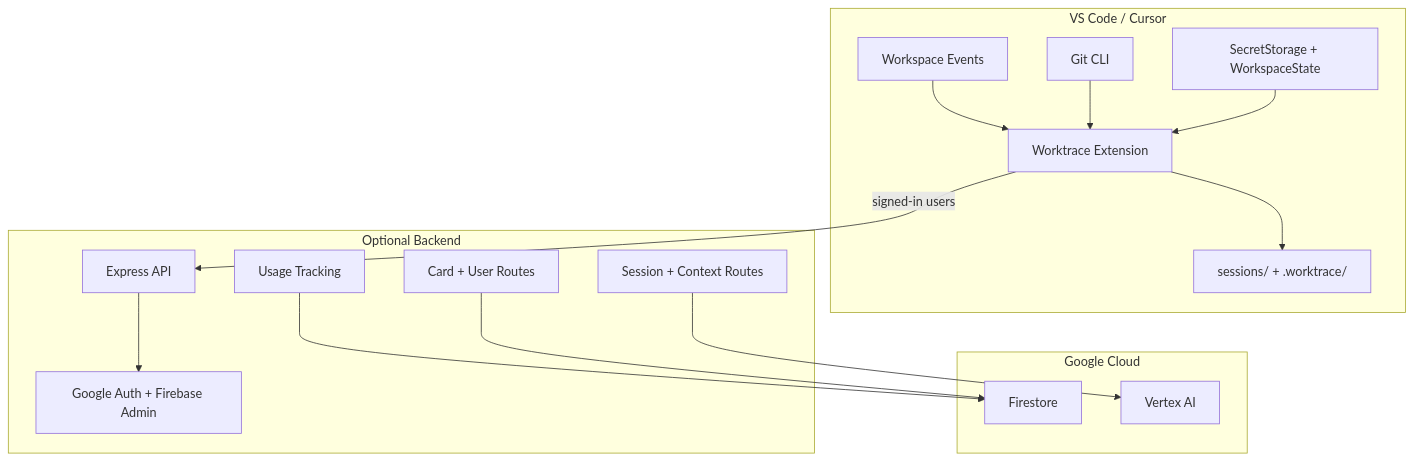
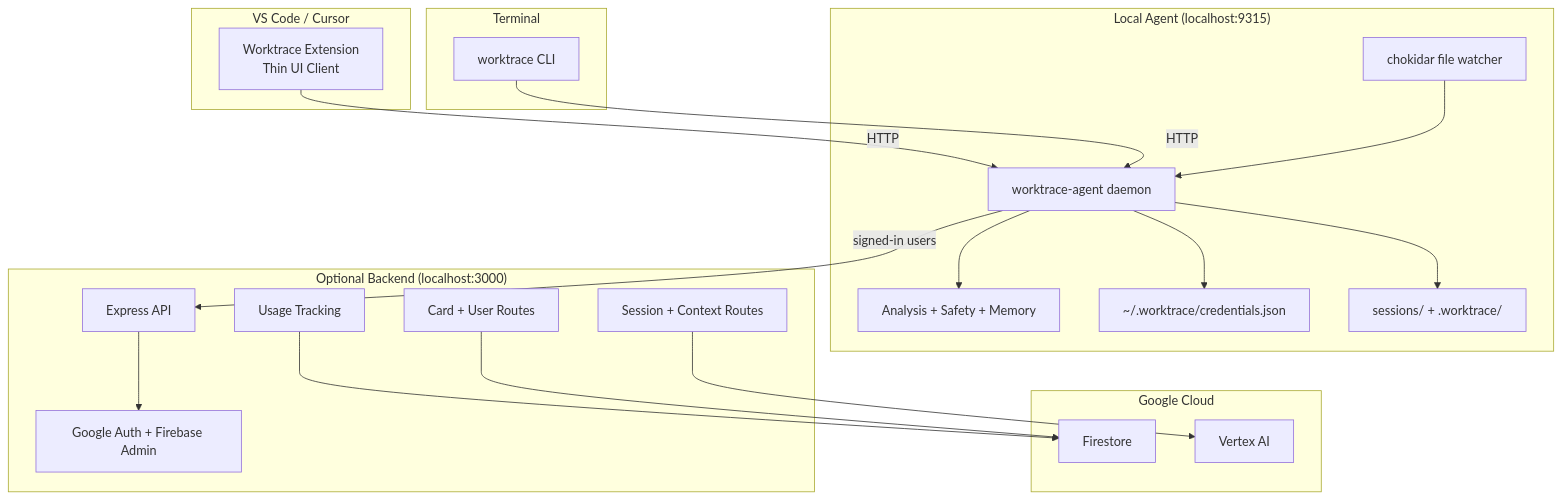
Before and after one commit to ivasuy/cursor-sm: the diagram in docs/architecture.md, drawn with Mermaid. The commit also changed other lines of this file and 47 other files, not shown here.

````diff
--- a/docs/architecture.md
+++ b/docs/architecture.md
@@ -7,33 +7,43 @@
 ```mermaid
 graph TB
     subgraph "VS Code / Cursor"
-        EXT[Worktrace Extension]
-        FS[Workspace Events]
-        GIT[Git CLI]
-        SS[SecretStorage + WorkspaceState]
+        EXT[Worktrace Extension<br/>Thin UI Client]
+    end
+
+    subgraph "Local Agent (localhost:9315)"
+        AGT[worktrace-agent daemon]
+        CHK[chokidar file watcher]
+        ANA[Analysis + Safety + Memory]
+        CRED[~/.worktrace/credentials.json]
         OUT[sessions/ + .worktrace/]
     end
 
-    subgraph "Optional Backend"
+    subgraph "Terminal"
+        CLI[worktrace CLI]
+    end
+
+    subgraph "Optional Backend (localhost:3000)"
         API[Express API]
         AUTH[Google Auth + Firebase Admin]
         SES[Session + Context Routes]
         CARD[Card + User Routes]
         USG[Usage Tracking]
     end
 
     subgraph "Google Cloud"
         FDB[Firestore]
         VAI[Vertex AI]
     end
 
-    FS --> EXT
-    GIT --> EXT
-    SS --> EXT
-    EXT --> OUT
-    EXT -->|signed-in users| API
+    EXT -->|HTTP| AGT
+    CLI -->|HTTP| AGT
+    CHK --> AGT
+    AGT --> ANA
+    AGT --> CRED
+    AGT --> OUT
+    AGT -->|signed-in users| API
     API --> AUTH
     SES --> VAI
     USG --> FDB
     CARD --> FDB
 ```
````
